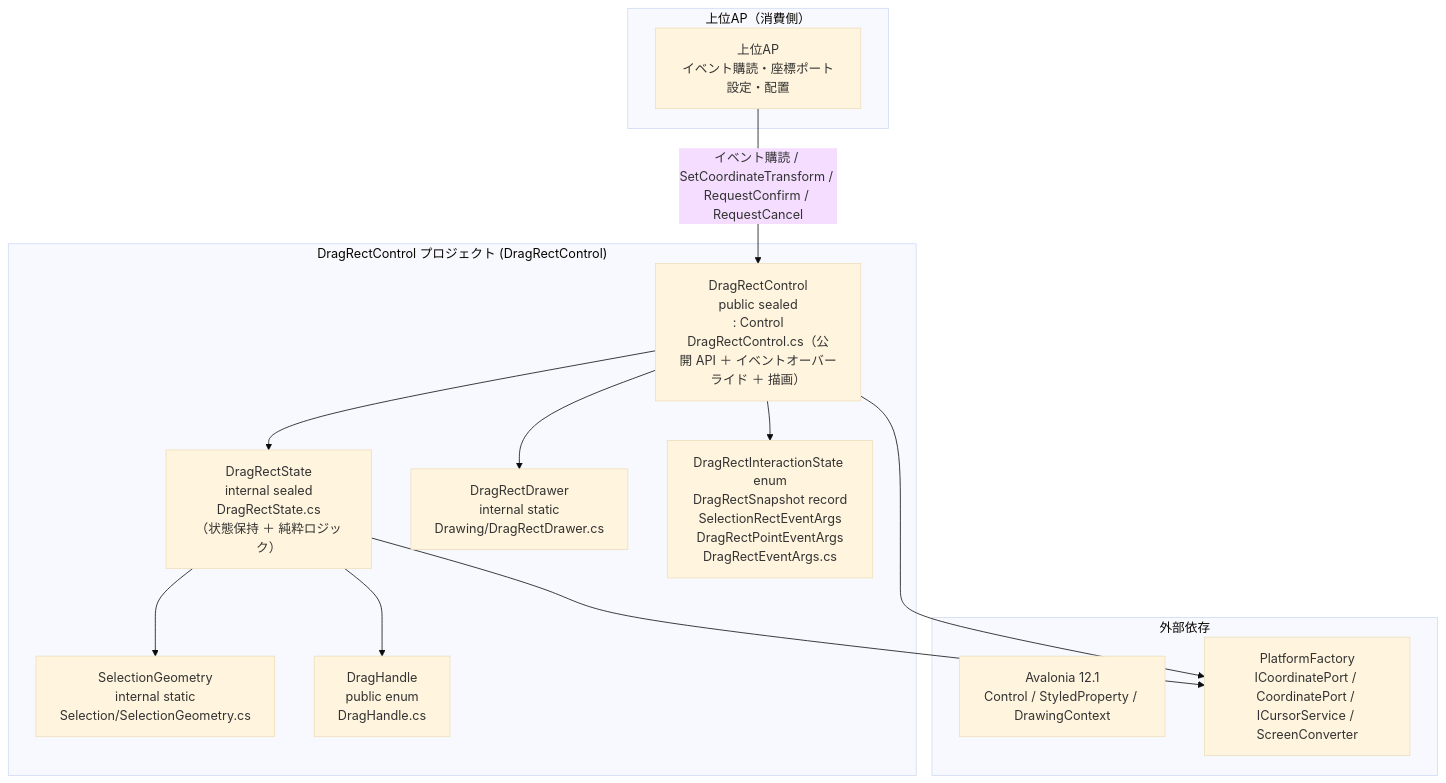
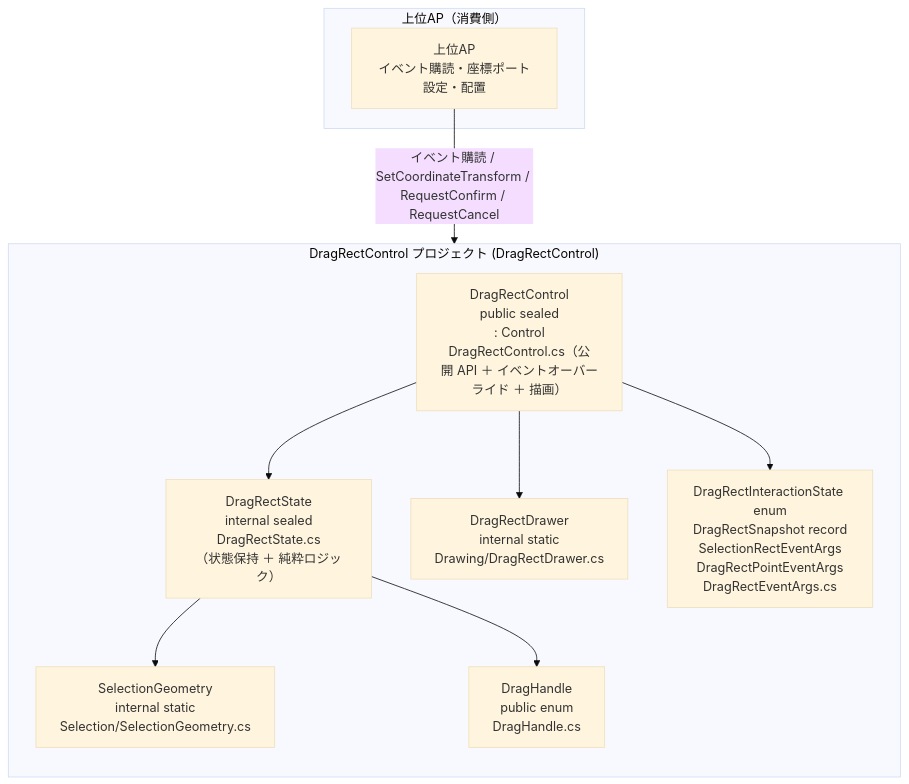
The first of 2 diagrams in src/DragRectControl/SPEC_System.md (tomokuni/SaveEvidence), drawn with Mermaid (base theme) before and after one commit. The commit also changed other lines of this file and 50 other files, not shown here.

````diff
--- a/src/DragRectControl/SPEC_System.md
+++ b/src/DragRectControl/SPEC_System.md
@@ -82,27 +83,22 @@
 ```mermaid
 flowchart TB
+    subgraph Host["上位AP（消費側）"]
+        AP["上位AP<br/>イベント購読・座標ポート設定・配置"]
+    end
     subgraph DRC2["DragRectControl プロジェクト (DragRectControl)"]
+        direction TB
         Ctl["DragRectControl<br/>public sealed<br/>: Control<br/>DragRectControl.cs（公開 API ＋ イベントオーバーライド ＋ 描画）"]
         Stt["DragRectState<br/>internal sealed<br/>DragRectState.cs<br/>（状態保持 ＋ 純粋ロジック）"]
         Geo["SelectionGeometry<br/>internal static<br/>Selection/SelectionGeometry.cs"]
         Drw["DragRectDrawer<br/>internal static<br/>Drawing/DragRectDrawer.cs"]
         Hdl["DragHandle<br/>public enum<br/>DragHandle.cs"]
         Evt["DragRectInteractionState enum<br/>DragRectSnapshot record<br/>SelectionRectEventArgs<br/>DragRectPointEventArgs<br/>DragRectEventArgs.cs"]
     end
-    subgraph Dep["外部依存"]
-        Av["Avalonia 12.1<br/>Control / StyledProperty / DrawingContext"]
-        PF["PlatformFactory<br/>ICoordinatePort / CoordinatePort / ICursorService / ScreenConverter"]
-    end
-    subgraph Host["上位AP（消費側）"]
-        AP["上位AP<br/>イベント購読・座標ポート設定・配置"]
-    end
 
+    AP -->|"イベント購読 / SetCoordinateTransform / RequestConfirm / RequestCancel"| Ctl
     Ctl --> Stt
     Ctl --> Drw
     Ctl --> Evt
     Stt --> Geo
     Stt --> Hdl
-    Stt --> PF
-    Ctl --> PF
-    AP -->|"イベント購読 / SetCoordinateTransform / RequestConfirm / RequestCancel"| Ctl
 ```
````
